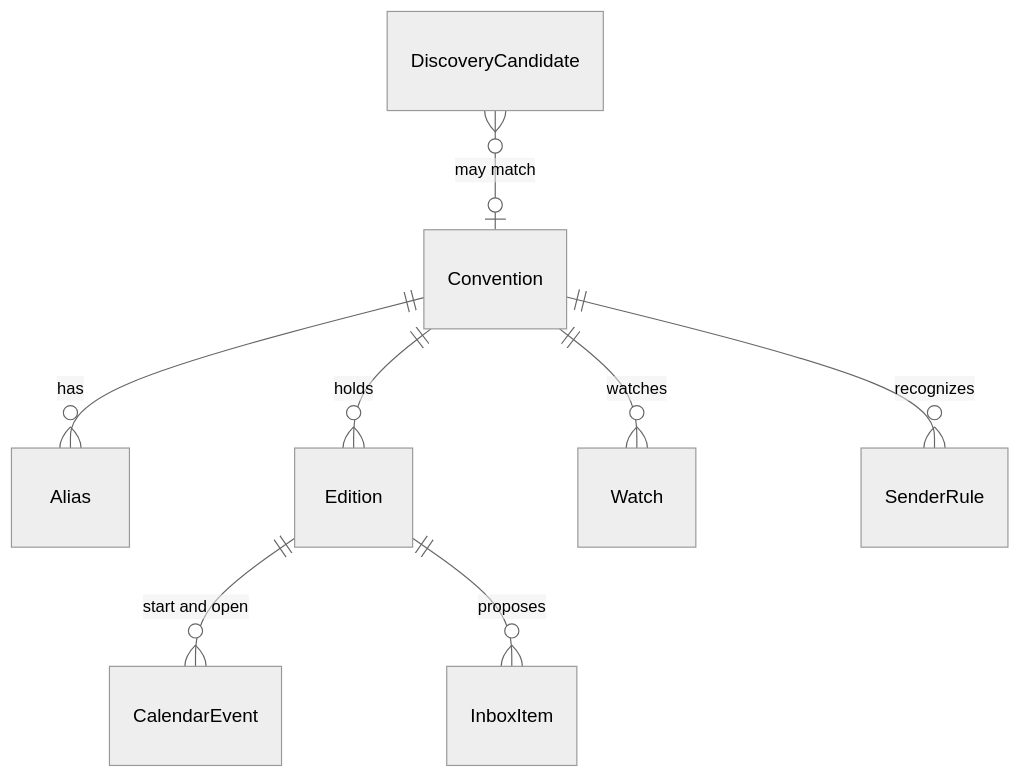
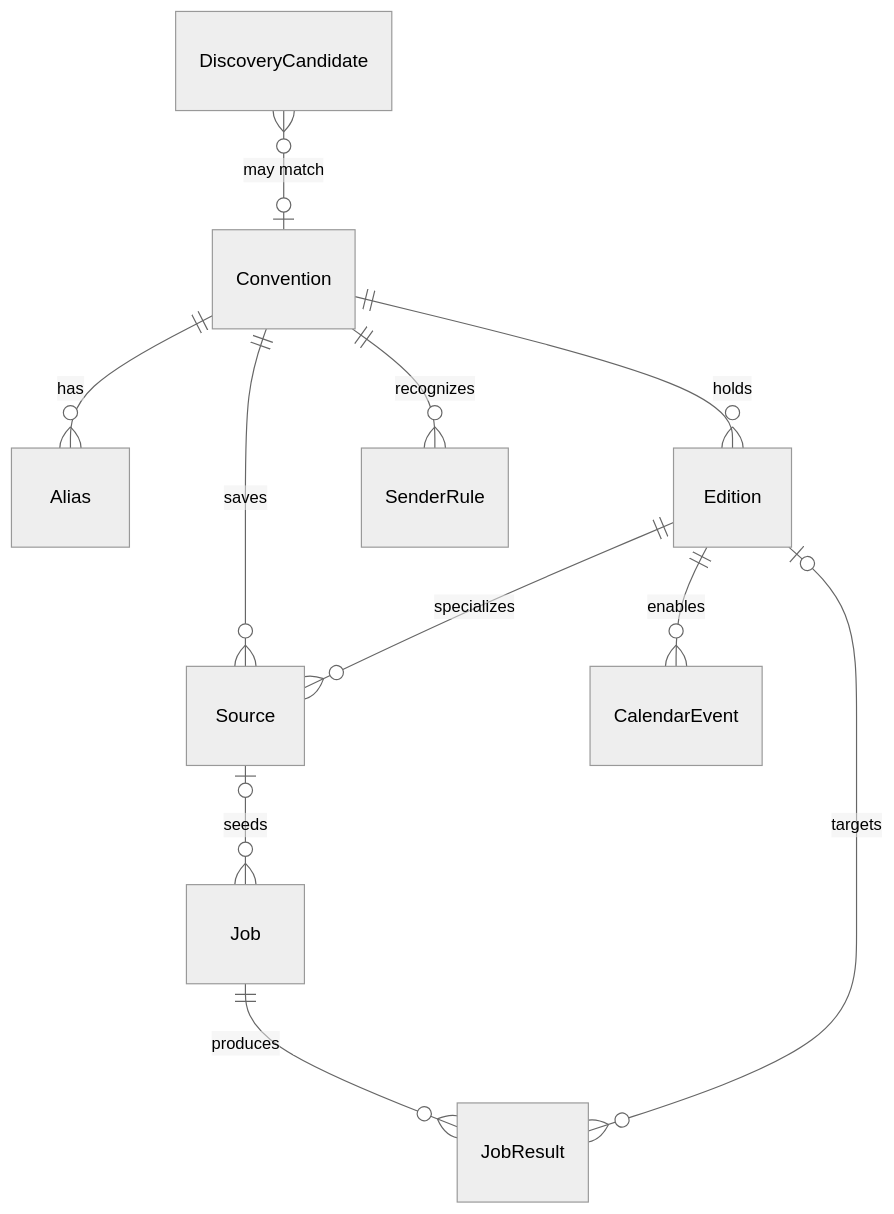
One commit to leav/expo_tracker changed the third of 4 diagrams in docs/DESIGN.md. Above: the diagram before and after it, drawn with Mermaid (neutral theme). The commit also changed other lines of this file, not shown here.

````diff
--- a/docs/DESIGN.md
+++ b/docs/DESIGN.md
@@ -172,10 +181,13 @@
 ```mermaid
 erDiagram
   Convention ||--o{ Alias : has
   Convention ||--o{ Edition : holds
-  Convention ||--o{ Watch : watches
-  Edition ||--o{ CalendarEvent : "start and open"
-  Edition ||--o{ InboxItem : proposes
+  Convention ||--o{ Source : saves
+  Edition ||--o{ Source : specializes
+  Source o|--o{ Job : seeds
+  Job ||--o{ JobResult : produces
+  Edition o|--o{ JobResult : targets
+  Edition ||--o{ CalendarEvent : enables
   Convention ||--o{ SenderRule : recognizes
   DiscoveryCandidate }o--o| Convention : "may match"
 ```
````
